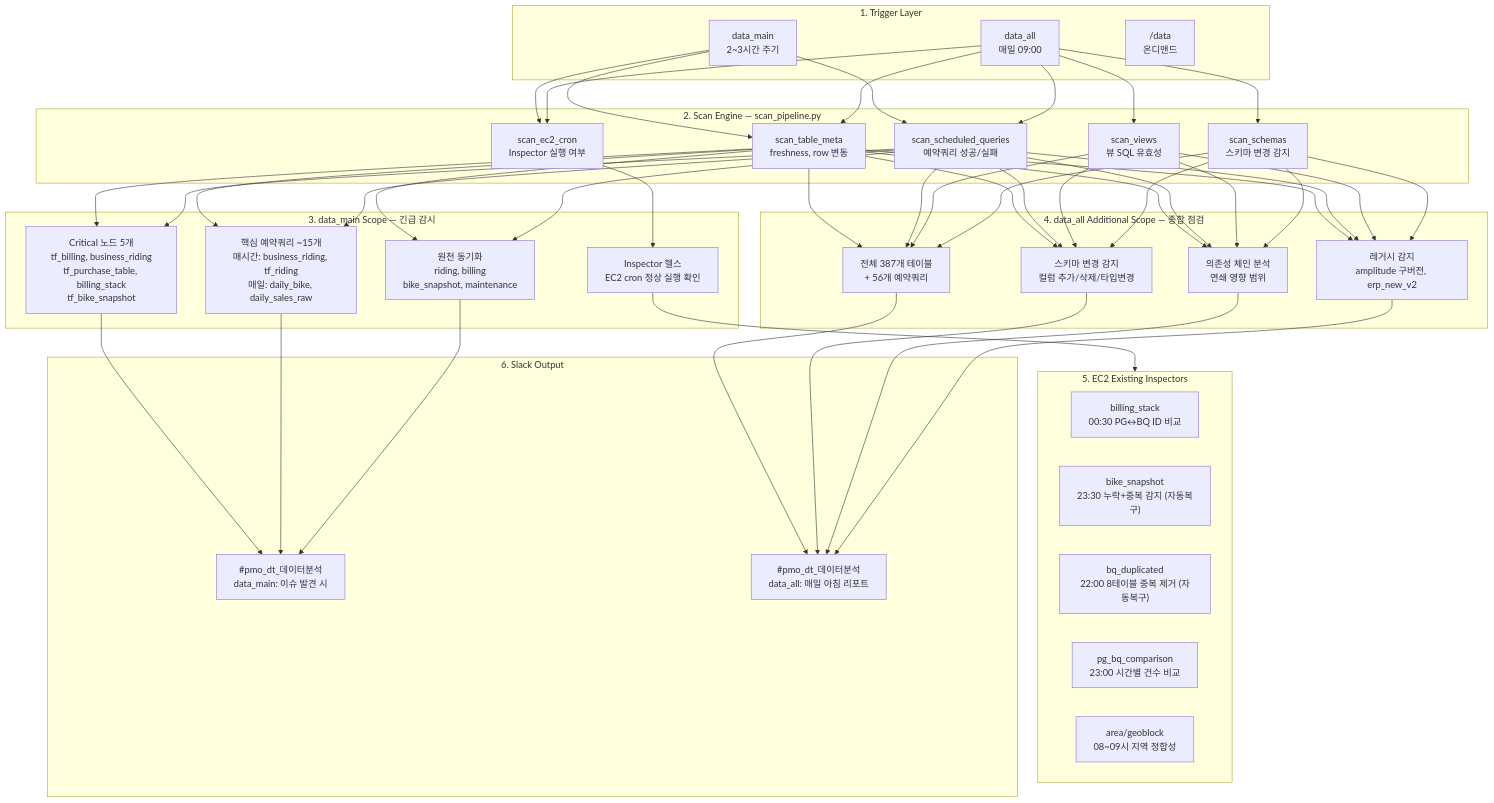
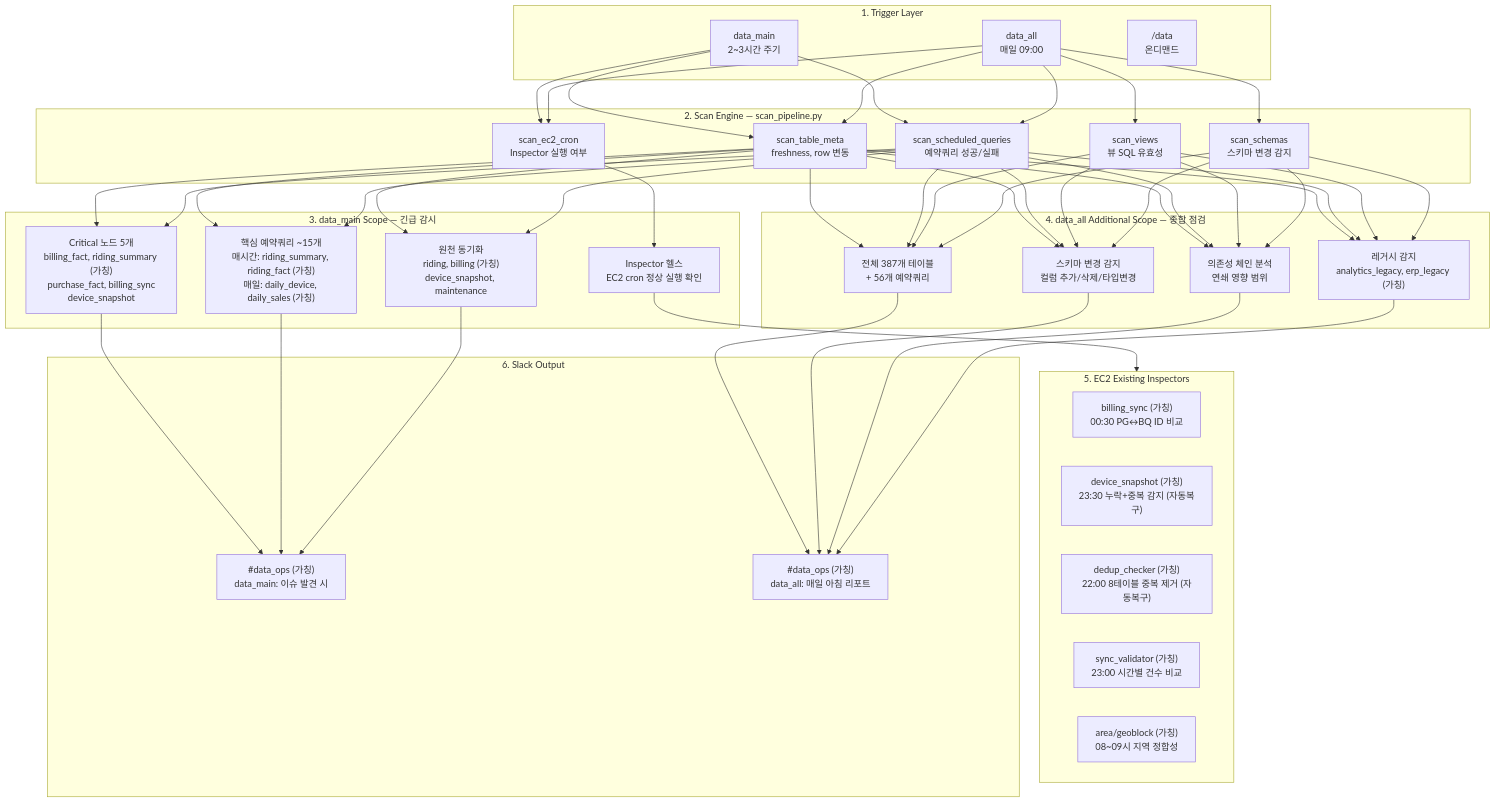
Before and after one commit to mineipark/minei.park: the diagram in projects/data-pipeline/README.md, drawn with Mermaid. The commit also changed other lines of this file and 5 other files, not shown here.

````diff
--- a/projects/data-pipeline/README.md
+++ b/projects/data-pipeline/README.md
@@ -18,55 +18,55 @@
 ```mermaid
 flowchart TB
     subgraph Trigger["1. Trigger Layer"]
         MAIN["data_main<br>2~3시간 주기"]
         ALL["data_all<br>매일 09:00"]
         MANUAL["/data<br>온디맨드"]
     end
 
     subgraph Scan["2. Scan Engine — scan_pipeline.py"]
         META["scan_table_meta<br>freshness, row 변동"]
         SQ["scan_scheduled_queries<br>예약쿼리 성공/실패"]
         EC2S["scan_ec2_cron<br>Inspector 실행 여부"]
         VIEWS["scan_views<br>뷰 SQL 유효성"]
         SCHEMA["scan_schemas<br>스키마 변경 감지"]
     end
 
     subgraph Main["3. data_main Scope — 긴급 감시"]
-        CRITICAL["Critical 노드 5개<br>tf_billing, business_riding<br>tf_purchase_table, billing_stack<br>tf_bike_snapshot"]
-        QUERIES["핵심 예약쿼리 ~15개<br>매시간: business_riding, tf_riding<br>매일: daily_bike, daily_sales_raw"]
-        SYNC["원천 동기화<br>riding, billing<br>bike_snapshot, maintenance"]
+        CRITICAL["Critical 노드 5개<br>billing_fact, riding_summary (가칭)<br>purchase_fact, billing_sync<br>device_snapshot"]
+        QUERIES["핵심 예약쿼리 ~15개<br>매시간: riding_summary, riding_fact (가칭)<br>매일: daily_device, daily_sales (가칭)"]
+        SYNC["원천 동기화<br>riding, billing (가칭)<br>device_snapshot, maintenance"]
         HEALTH["Inspector 헬스<br>EC2 cron 정상 실행 확인"]
     end
 
     subgraph AllScope["4. data_all Additional Scope — 종합 점검"]
         TABLES["전체 387개 테이블<br>+ 56개 예약쿼리"]
         SCHEMA_CHK["스키마 변경 감지<br>컬럼 추가/삭제/타입변경"]
         DEPENDENCY["의존성 체인 분석<br>연쇄 영향 범위"]
-        LEGACY["레거시 감지<br>amplitude 구버전, erp_new_v2"]
+        LEGACY["레거시 감지<br>analytics_legacy, erp_legacy (가칭)"]
     end
 
     subgraph EC2["5. EC2 Existing Inspectors"]
-        BILLING["billing_stack<br>00:30 PG↔BQ ID 비교"]
-        BIKE["bike_snapshot<br>23:30 누락+중복 감지 (자동복구)"]
-        DUP["bq_duplicated<br>22:00 8테이블 중복 제거 (자동복구)"]
-        PGBQ["pg_bq_comparison<br>23:00 시간별 건수 비교"]
-        AREA["area/geoblock<br>08~09시 지역 정합성"]
+        BILLING["billing_sync (가칭)<br>00:30 PG↔BQ ID 비교"]
+        BIKE["device_snapshot (가칭)<br>23:30 누락+중복 감지 (자동복구)"]
+        DUP["dedup_checker (가칭)<br>22:00 8테이블 중복 제거 (자동복구)"]
+        PGBQ["sync_validator (가칭)<br>23:00 시간별 건수 비교"]
+        AREA["area/geoblock (가칭)<br>08~09시 지역 정합성"]
     end
 
     subgraph Output["6. Slack Output"]
-        ALERT["#pmo_dt_데이터분석<br>data_main: 이슈 발견 시"]
-        REPORT["#pmo_dt_데이터분석<br>data_all: 매일 아침 리포트"]
+        ALERT["#data_ops (가칭)<br>data_main: 이슈 발견 시"]
+        REPORT["#data_ops (가칭)<br>data_all: 매일 아침 리포트"]
     end
 
     MAIN --> META & SQ & EC2S
     ALL --> META & SQ & EC2S & VIEWS & SCHEMA
 
     META & SQ --> CRITICAL & QUERIES & SYNC
     EC2S --> HEALTH
 
     META & SQ & VIEWS & SCHEMA --> TABLES & SCHEMA_CHK & DEPENDENCY & LEGACY
 
     HEALTH --> EC2
     CRITICAL & QUERIES & SYNC --> ALERT
     TABLES & SCHEMA_CHK & DEPENDENCY & LEGACY --> REPORT
 ```
````
